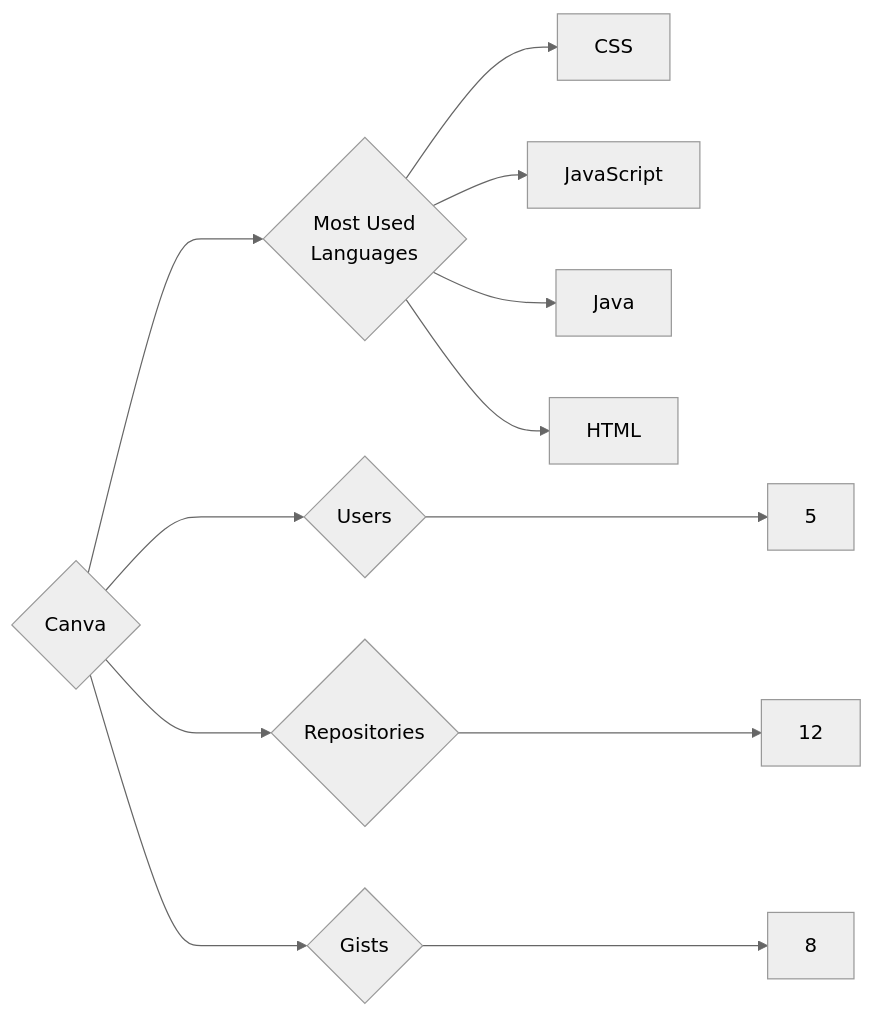
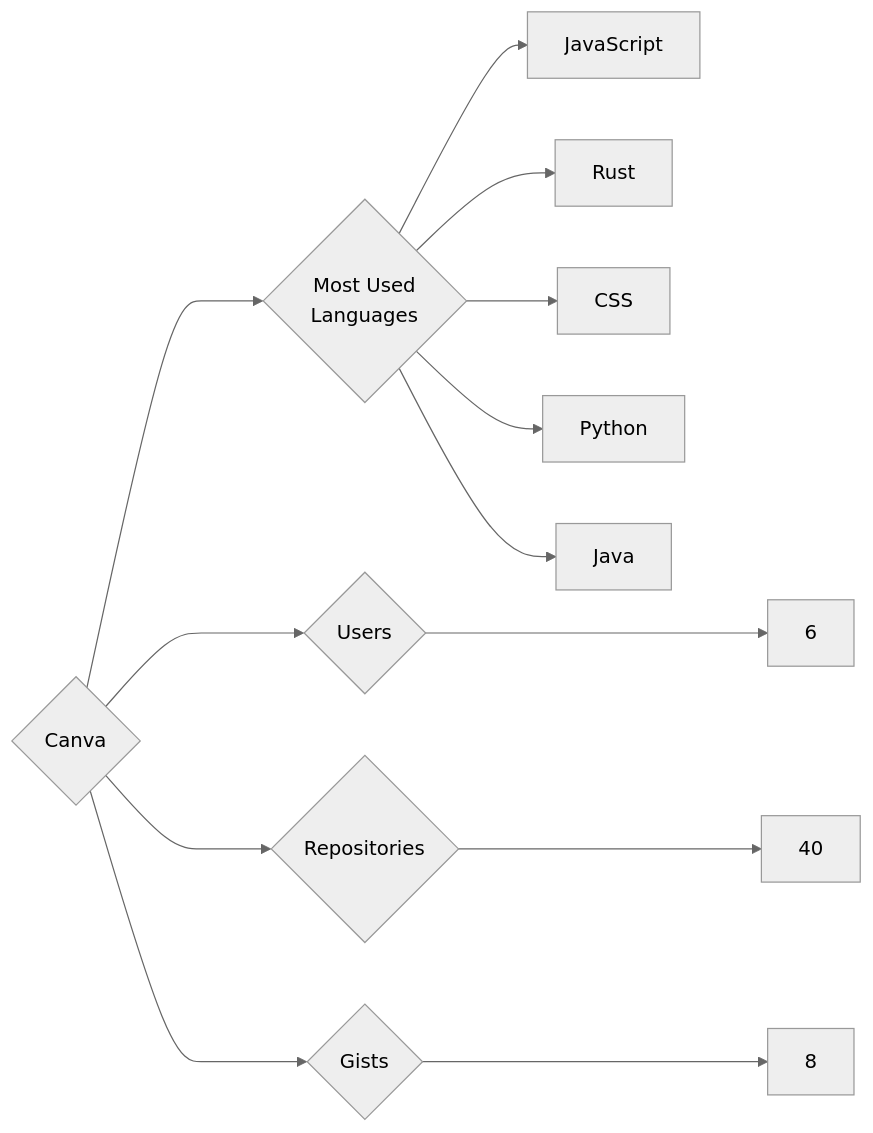
One commit to trickest/insiders changed the diagram in targets/Canva/README.md. Above: the diagram before and after it, drawn with Mermaid (neutral theme). The commit also changed 1023 other files, not shown here.

````diff
--- a/targets/Canva/README.md
+++ b/targets/Canva/README.md
@@ -3,12 +3,13 @@
 ```mermaid
 graph LR
 COMPANY_NAME{Canva}
-COMPANY_NAME ---> U{Users} ---> UN[5]
-COMPANY_NAME ---> R{Repositories} ---> RN[12]
+COMPANY_NAME ---> U{Users} ---> UN[6]
+COMPANY_NAME ---> R{Repositories} ---> RN[40]
 COMPANY_NAME ---> G{Gists} ---> GN[8]
 COMPANY_NAME ---> ML{Most Used<br>Languages}
+ML --> JavaScript[JavaScript]
+ML --> Rust[Rust]
 ML --> CSS[CSS]
-ML --> JavaScript[JavaScript]
+ML --> Python[Python]
 ML --> Java[Java]
-ML --> HTML[HTML]
 ```
````
